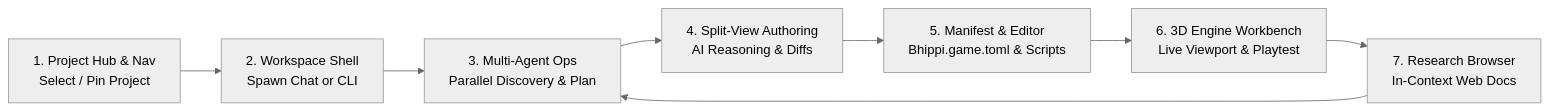
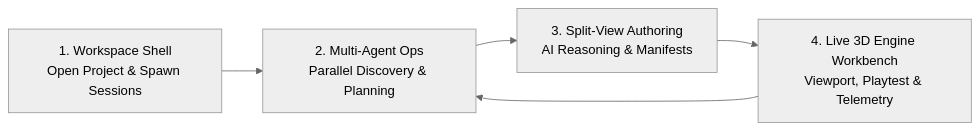
Before and after one commit to memegyanfactory-gif/BhippiADE: the diagram in README.md, drawn with Mermaid (neutral theme). The commit also changed other lines of this file, not shown here.

````diff
--- a/README.md
+++ b/README.md
@@ -61,10 +61,7 @@
 ```mermaid
 flowchart LR
-    A["1. Project Hub & Nav<br/>Select / Pin Project"] --> B["2. Workspace Shell<br/>Spawn Chat or CLI"]
-    B --> C["3. Multi-Agent Ops<br/>Parallel Discovery & Plan"]
-    C --> D["4. Split-View Authoring<br/>AI Reasoning & Diffs"]
-    D --> E["5. Manifest & Editor<br/>Bhippi.game.toml & Scripts"]
-    E --> F["6. 3D Engine Workbench<br/>Live Viewport & Playtest"]
-    F --> G["7. Research Browser<br/>In-Context Web Docs"]
-    G --> C
+    A["1. Workspace Shell<br/>Open Project & Spawn Sessions"] --> B["2. Multi-Agent Ops<br/>Parallel Discovery & Planning"]
+    B --> C["3. Split-View Authoring<br/>AI Reasoning & Manifests"]
+    C --> D["4. Live 3D Engine Workbench<br/>Viewport, Playtest & Telemetry"]
+    D --> B
 ```
````
